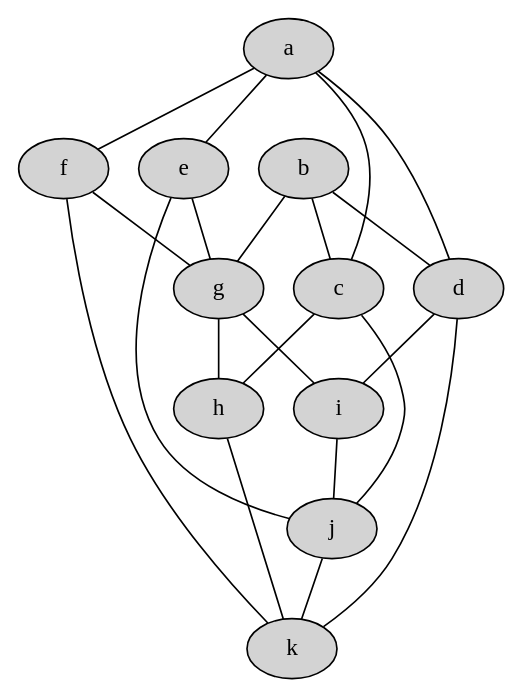
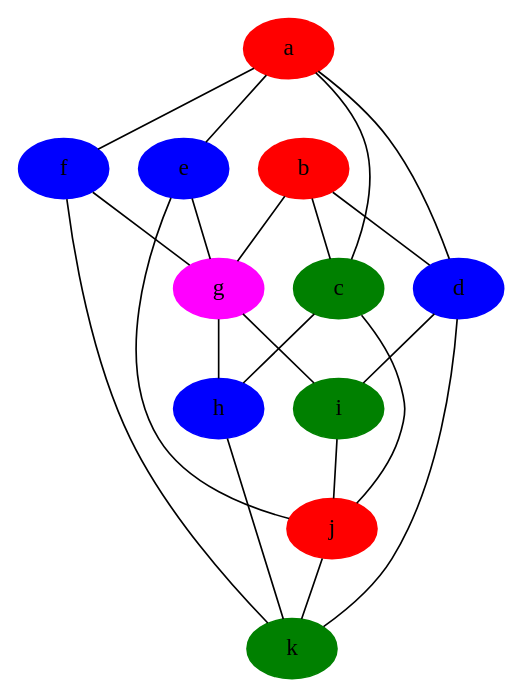
The fourth of 4 diagrams in zapiski/2020-21/2021-01-14.md (jaanos/diskretne-strukture-fim), drawn with Graphviz before and after one commit. The commit also changed other lines of this file, not shown here.

````diff
--- a/zapiski/2020-21/2021-01-14.md
+++ b/zapiski/2020-21/2021-01-14.md
@@ -109,26 +279,38 @@
 ```graphviz
 graph G4 {
   node [style=filled]
 
   a -- c
   a -- d
   b -- c
   b -- d
   a -- e
   a -- f
   b -- g
   e -- g
   f -- g
   c -- h
   g -- h
   d -- i
   g -- i
   c -- j
   e -- j
   i -- j
   d -- k
   f -- k
   h -- k
   j -- k
+  
+  a [color=red]
+  c [color=green]
+  j [color=red]
+  k [color=green]
+  d [color=blue]
+  b [color=red]
+  i [color=green]
+  f [color=blue]
+  e [color=blue]
+  h [color=blue]
+  g [color=magenta]
 }
 ```
````
